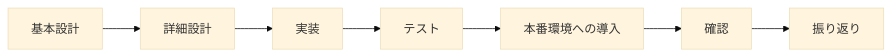
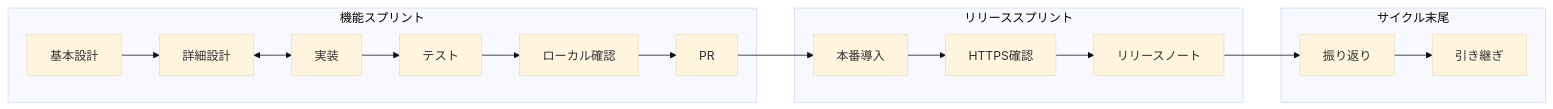
One commit to HaraRyonosuke/condition-tracker changed the diagram in docs/README.md. Above: the diagram before and after it, drawn with Mermaid (base theme). The commit also changed other lines of this file and 6 other files, not shown here.

````diff
--- a/docs/README.md
+++ b/docs/README.md
@@ -31,11 +33,27 @@
 ```mermaid
 flowchart LR
-  basicDesign[基本設計]
-  detailedDesign[詳細設計]
-  implementation[実装]
-  testing[テスト]
-  production[本番環境への導入]
-  verification[確認]
-  retrospective[振り返り]
-  basicDesign --> detailedDesign --> implementation --> testing --> production --> verification --> retrospective
+  subgraph featureSprint [機能スプリント]
+    basicDesign[基本設計]
+    detailedDesign[詳細設計]
+    implementation[実装]
+    testing[テスト]
+    localVerify[ローカル確認]
+    pr[PR]
+    basicDesign --> detailedDesign
+    detailedDesign <--> implementation
+    implementation --> testing --> localVerify --> pr
+  end
+  subgraph releaseSprint [リリーススプリント]
+    production[本番導入]
+    verify[HTTPS確認]
+    releaseNotes[リリースノート]
+    production --> verify --> releaseNotes
+  end
+  subgraph cycleEnd [サイクル末尾]
+    retrospective[振り返り]
+    handoff[引き継ぎ]
+    retrospective --> handoff
+  end
+  pr --> production
+  releaseNotes --> retrospective
 ```
````
